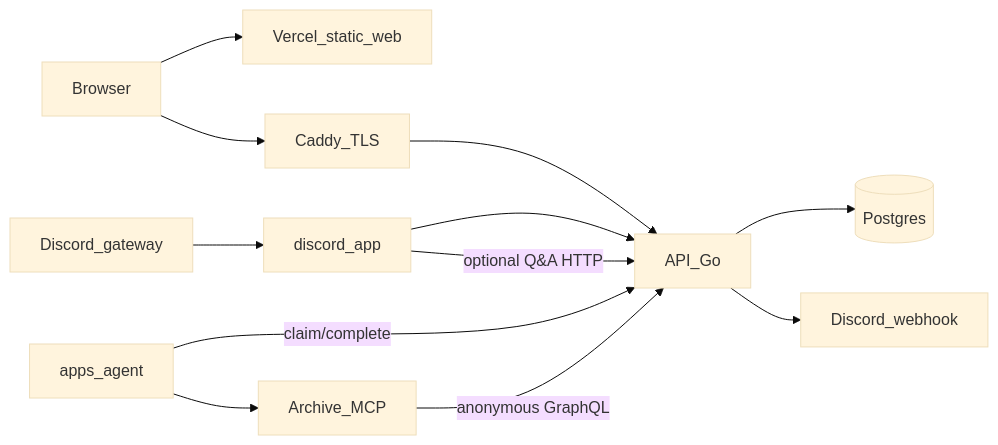
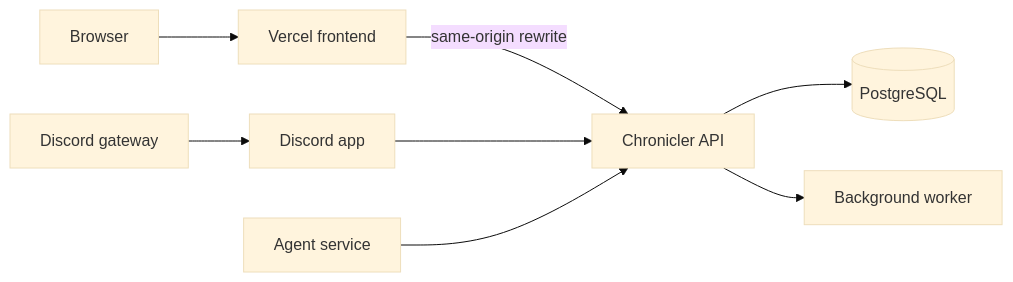
One commit to piyushsatti/chronicler changed the diagram in docs/overview.md. Above: the diagram before and after it, drawn with Mermaid (base theme). The commit also changed other lines of this file and 37 other files, not shown here.

````diff
--- a/docs/overview.md
+++ b/docs/overview.md
@@ -24,14 +18,10 @@
 ```mermaid
 flowchart LR
-    B[Browser] --> V[Vercel_static_web]
-    B --> C[Caddy_TLS]
-    C --> A[API_Go]
-    A --> P[(Postgres)]
-    D[Discord_gateway] --> BO[discord_app]
+    B[Browser] --> V[Vercel frontend]
+    V -->|same-origin rewrite| A[Chronicler API]
+    A --> P[(PostgreSQL)]
+    D[Discord gateway] --> BO[Discord app]
     BO --> A
-    A --> DW[Discord_webhook]
-    BO -->|"optional Q&A HTTP"| A
-    AG[apps_agent] -->|"claim/complete"| A
-    AG --> AR[Archive_MCP]
-    AR -->|"anonymous GraphQL"| A
+    A --> W[Background worker]
+    AG[Agent service] --> A
 ```
````
